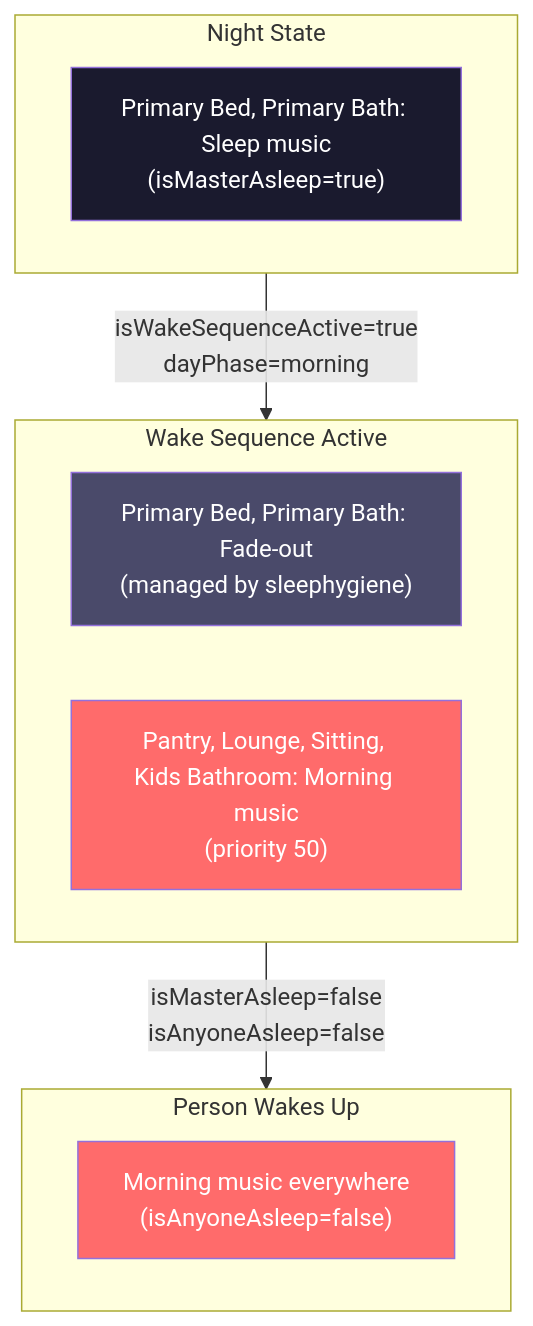
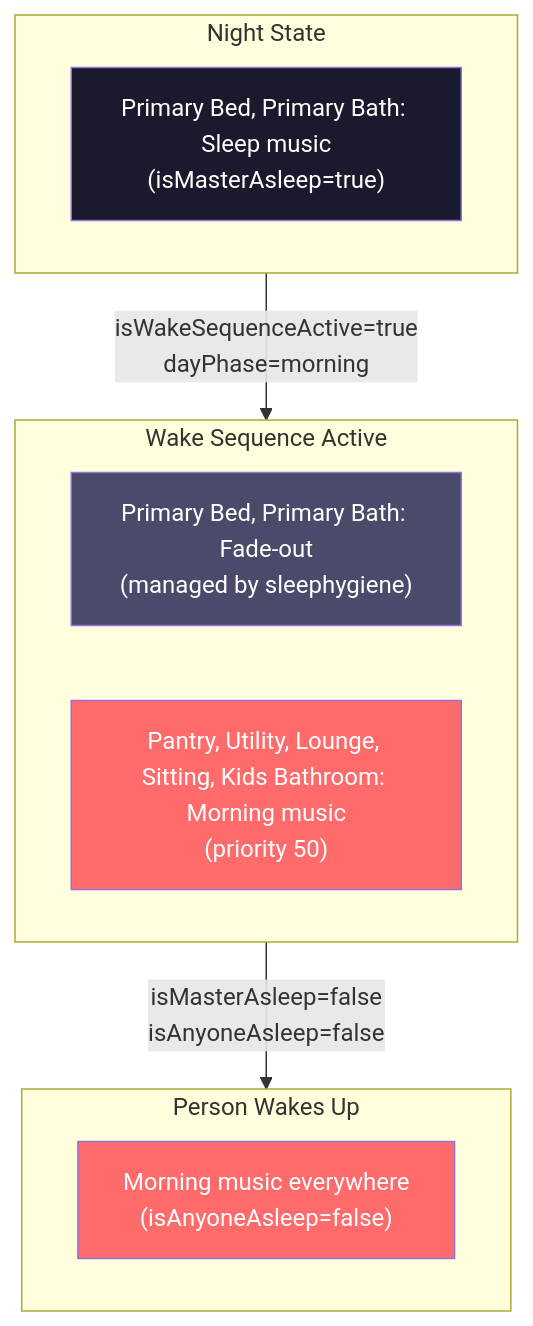
The seventh of 7 diagrams in docs/flows/DAY_PHASE_MODES.md (NickBorgers/home-automation), drawn with Mermaid before and after one commit. The commit also changed other lines of this file and 5 other files, not shown here.

````diff
--- a/docs/flows/DAY_PHASE_MODES.md
+++ b/docs/flows/DAY_PHASE_MODES.md
@@ -311,23 +311,23 @@
 ```mermaid
 flowchart TB
     subgraph Initial["Night State"]
         sleepBed["Primary Bed, Primary Bath: Sleep music<br/>(isMasterAsleep=true)"]
     end
 
     subgraph WakeSequence["Wake Sequence Active"]
         fadeBed["Primary Bed, Primary Bath: Fade-out<br/>(managed by sleephygiene)"]
-        morningRest["Pantry, Lounge, Sitting, Kids Bathroom: Morning music<br/>(priority 50)"]
+        morningRest["Pantry, Utility, Lounge, Sitting, Kids Bathroom: Morning music<br/>(priority 50)"]
     end
 
     subgraph FullyAwake["Person Wakes Up"]
         morningAll["Morning music everywhere<br/>(isAnyoneAsleep=false)"]
     end
 
     Initial -->|"isWakeSequenceActive=true<br/>dayPhase=morning"| WakeSequence
     WakeSequence -->|"isMasterAsleep=false<br/>isAnyoneAsleep=false"| FullyAwake
 
     style sleepBed fill:#1a1a2e,color:#fff
     style fadeBed fill:#4a4a6a,color:#fff
     style morningRest fill:#ff6b6b,color:#fff
     style morningAll fill:#ff6b6b,color:#fff
 ```
````
